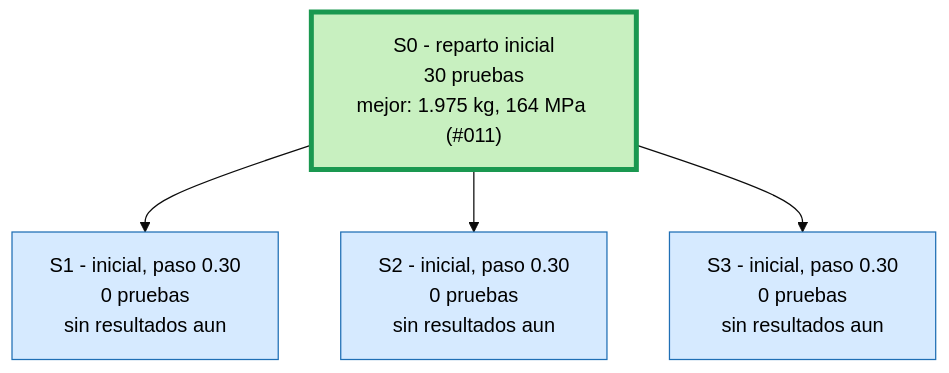
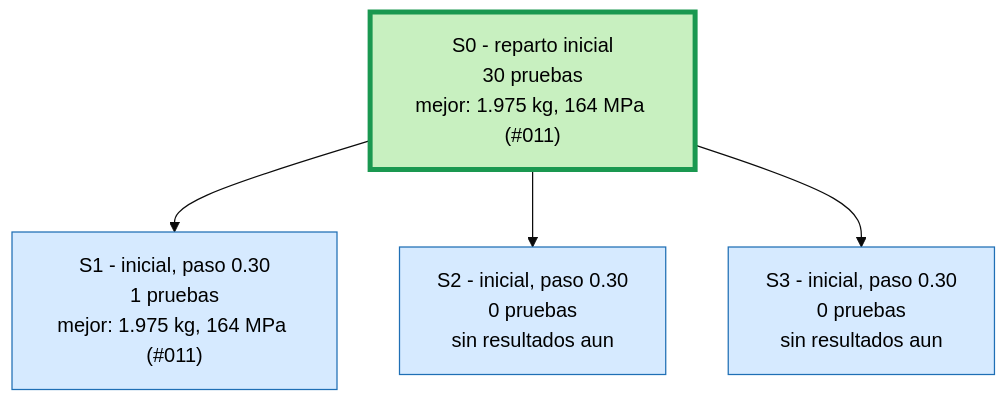
One commit to Hugiko/msd-soporte-optimizacion changed the first of 4 diagrams in runs/opt_37800N/ARBOL.md. Above: the diagram before and after it, drawn with Mermaid (base theme). The commit also changed 44 other files, not shown here.

Commit message:
NUEVO MEJOR DISENO: 2.132 kg, 165 MPa (SimJEB modificado 031)

````diff
--- a/runs/opt_37800N/ARBOL.md
+++ b/runs/opt_37800N/ARBOL.md
@@ -9,13 +9,13 @@
 ```mermaid
 graph TD
 classDef activa fill:#d6eaff,stroke:#1f6fb5,color:#000
 classDef fin fill:#eeeeee,stroke:#888,color:#000
 classDef mejor fill:#c8f0c0,stroke:#1a9850,stroke-width:4px,color:#000
 S0["S0 - reparto inicial<br/>30 pruebas<br/>mejor: 1.975 kg, 164 MPa (#011)"]:::mejor
-S1["S1 - inicial, paso 0.30<br/>0 pruebas<br/>sin resultados aun"]:::activa
+S1["S1 - inicial, paso 0.30<br/>1 pruebas<br/>mejor: 1.975 kg, 164 MPa (#011)"]:::activa
 S0 --> S1
 S2["S2 - inicial, paso 0.30<br/>0 pruebas<br/>sin resultados aun"]:::activa
 S0 --> S2
 S3["S3 - inicial, paso 0.30<br/>0 pruebas<br/>sin resultados aun"]:::activa
 S0 --> S3
 ```
````
